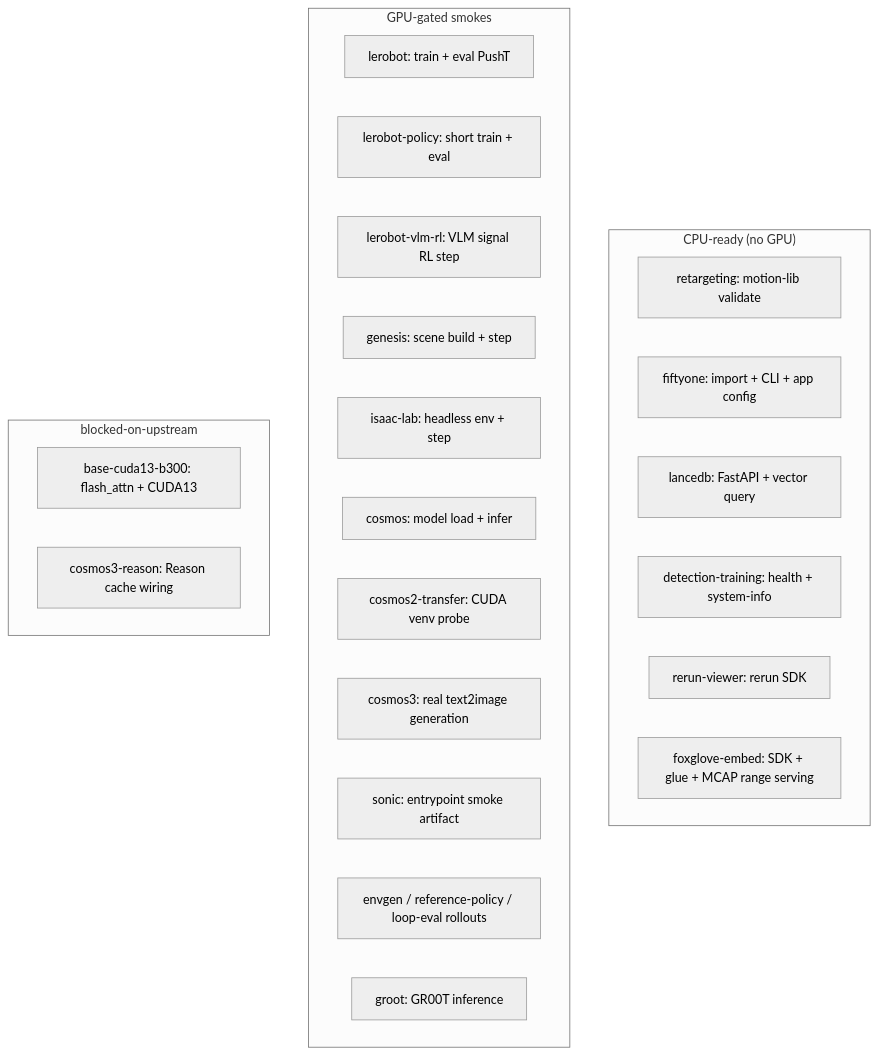
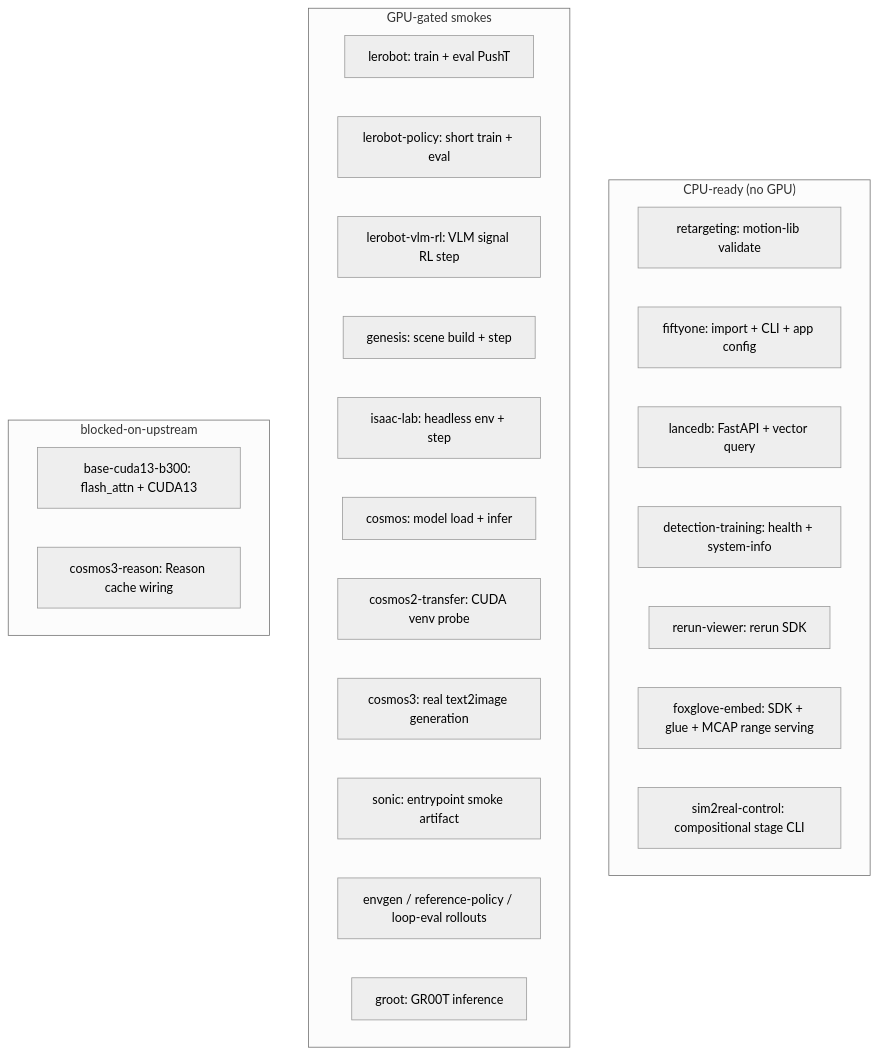
Before and after one commit to jeffmac-aix/nebius-physical-ai: the diagram in docs/security/container-golden-evals.md, drawn with Mermaid (neutral theme). The commit also changed other lines of this file and 275 other files, not shown here.

First line of the commit message:
Sim2Real: compositional real-GPU 14-stage NPA workflow (#258)

````diff
--- a/docs/security/container-golden-evals.md
+++ b/docs/security/container-golden-evals.md
@@ -69,28 +69,29 @@
 ```mermaid
 flowchart TB
   subgraph cpu_ready["CPU-ready (no GPU)"]
     retargeting["retargeting: motion-lib validate"]
     fiftyone["fiftyone: import + CLI + app config"]
     lancedb["lancedb: FastAPI + vector query"]
     det_train["detection-training: health + system-info"]
     rerun["rerun-viewer: rerun SDK"]
     foxglove["foxglove-embed: SDK + glue + MCAP range serving"]
+    control["sim2real-control: compositional stage CLI"]
   end
   subgraph gpu_gated["GPU-gated smokes"]
     lerobot["lerobot: train + eval PushT"]
     policy["lerobot-policy: short train + eval"]
     vlm["lerobot-vlm-rl: VLM signal RL step"]
     genesis["genesis: scene build + step"]
     isaac["isaac-lab: headless env + step"]
     cosmos["cosmos: model load + infer"]
     transfer["cosmos2-transfer: CUDA venv probe"]
     c3["cosmos3: real text2image generation"]
     sonic["sonic: entrypoint smoke artifact"]
     s2r["envgen / reference-policy / loop-eval rollouts"]
     groot["groot: GR00T inference"]
   end
   subgraph blocked["blocked-on-upstream"]
     b300["base-cuda13-b300: flash_attn + CUDA13"]
     reason["cosmos3-reason: Reason cache wiring"]
   end
 ```
````
